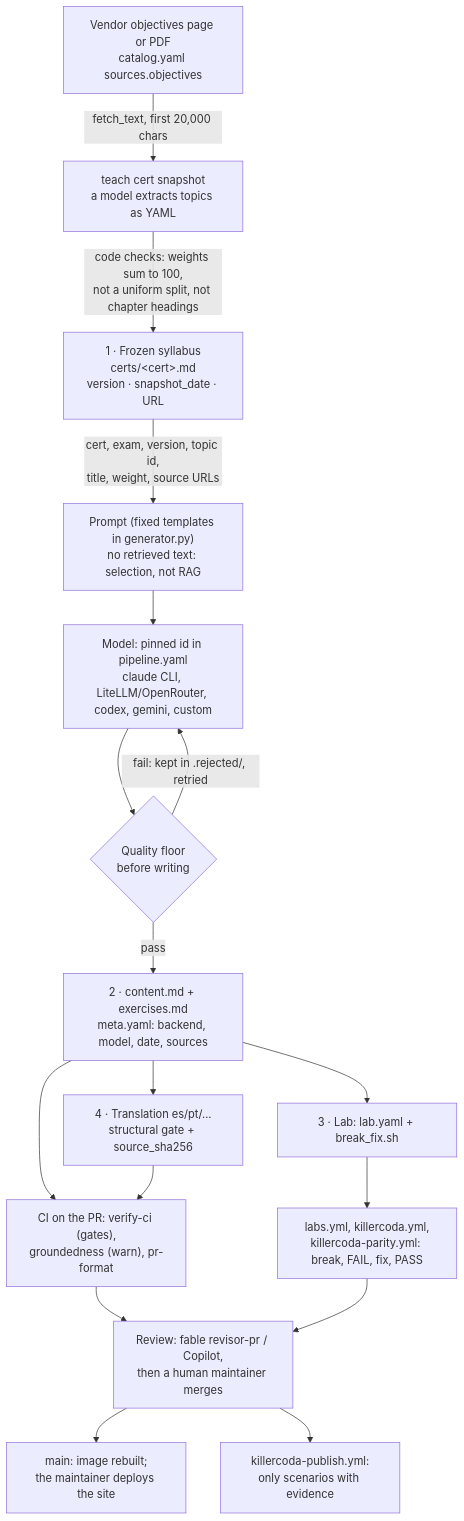
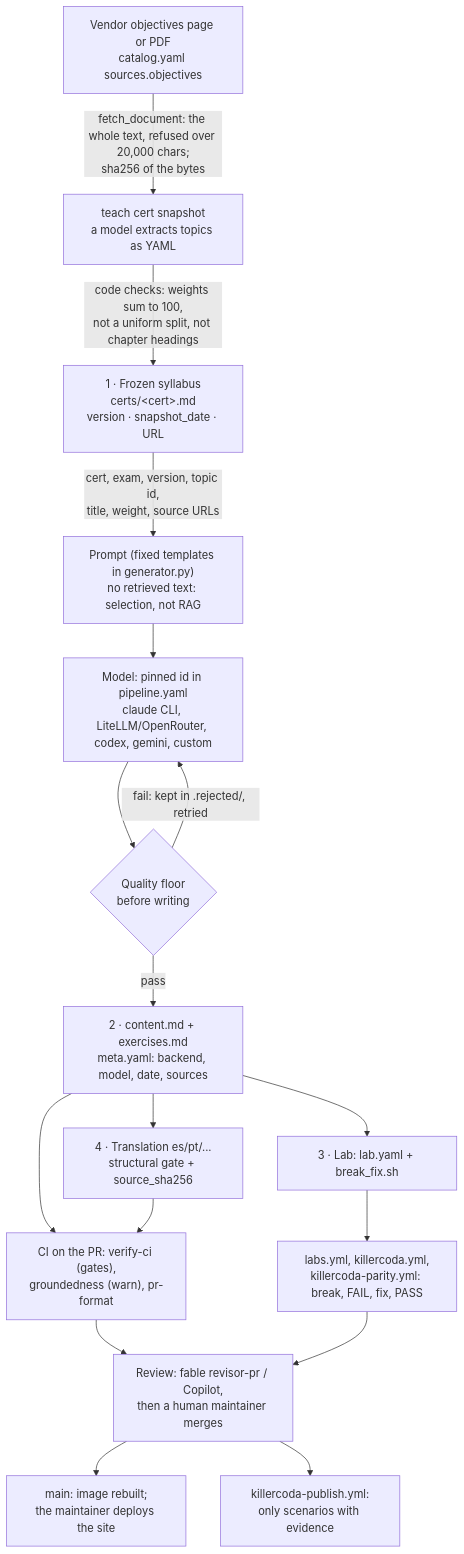
One commit to villadalmine/study-cybercirujas changed the diagram in docs/FAQ.md. Above: the diagram before and after it, drawn with Mermaid. The commit also changed other lines of this file and 9 other files, not shown here.

First line of the commit message:
feat(catalog): freeze the CKA and CKAD v1.37 syllabi, hash the vendor document, reference v1.37 as upstream (#194)

````diff
--- a/docs/FAQ.md
+++ b/docs/FAQ.md
@@ -29,19 +29,19 @@
 ```mermaid
 flowchart TD
-    V["Vendor objectives page or PDF<br/>catalog.yaml sources.objectives"] -->|"fetch_text, first 20,000 chars"| SN["teach cert snapshot<br/>a model extracts topics as YAML"]
+    V["Vendor objectives page or PDF<br/>catalog.yaml sources.objectives"] -->|"fetch_document: the whole text, refused over 20,000 chars;<br/>sha256 of the bytes"| SN["teach cert snapshot<br/>a model extracts topics as YAML"]
     SN -->|"code checks: weights sum to 100,<br/>not a uniform split, not chapter headings"| SY["1 · Frozen syllabus<br/>certs/&lt;cert&gt;.md<br/>version · snapshot_date · URL"]
     SY -->|"cert, exam, version, topic id,<br/>title, weight, source URLs"| PR["Prompt (fixed templates in generator.py)<br/>no retrieved text: selection, not RAG"]
     PR --> M["Model: pinned id in pipeline.yaml<br/>claude CLI, LiteLLM/OpenRouter, codex, gemini, custom"]
     M --> F{"Quality floor<br/>before writing"}
     F -->|"fail: kept in .rejected/, retried"| M
     F -->|pass| C["2 · content.md + exercises.md<br/>meta.yaml: backend, model, date, sources"]
     C --> T["4 · Translation es/pt/...<br/>structural gate + source_sha256"]
     C --> L["3 · Lab: lab.yaml + break_fix.sh"]
     C --> G["CI on the PR: verify-ci (gates),<br/>groundedness (warn), pr-format"]
     T --> G
     L --> K["labs.yml, killercoda.yml,<br/>killercoda-parity.yml: break, FAIL, fix, PASS"]
     G --> R["Review: fable revisor-pr / Copilot,<br/>then a human maintainer merges"]
     K --> R
     R --> S["main: image rebuilt;<br/>the maintainer deploys the site"]
     R --> KC["killercoda-publish.yml:<br/>only scenarios with evidence"]
 ```
````
